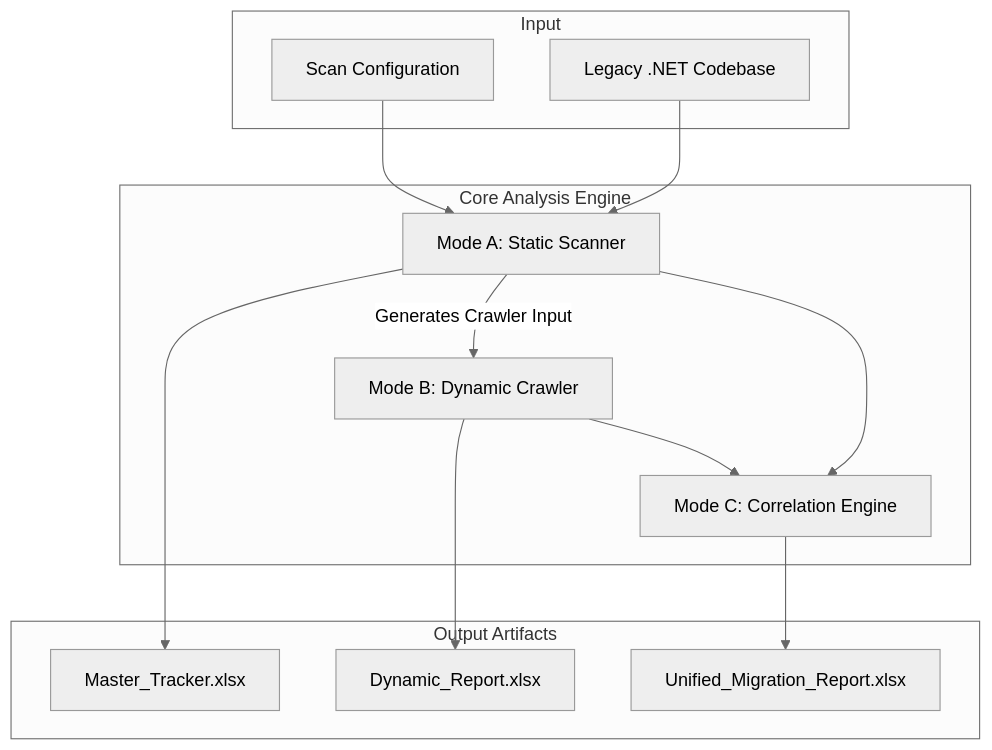
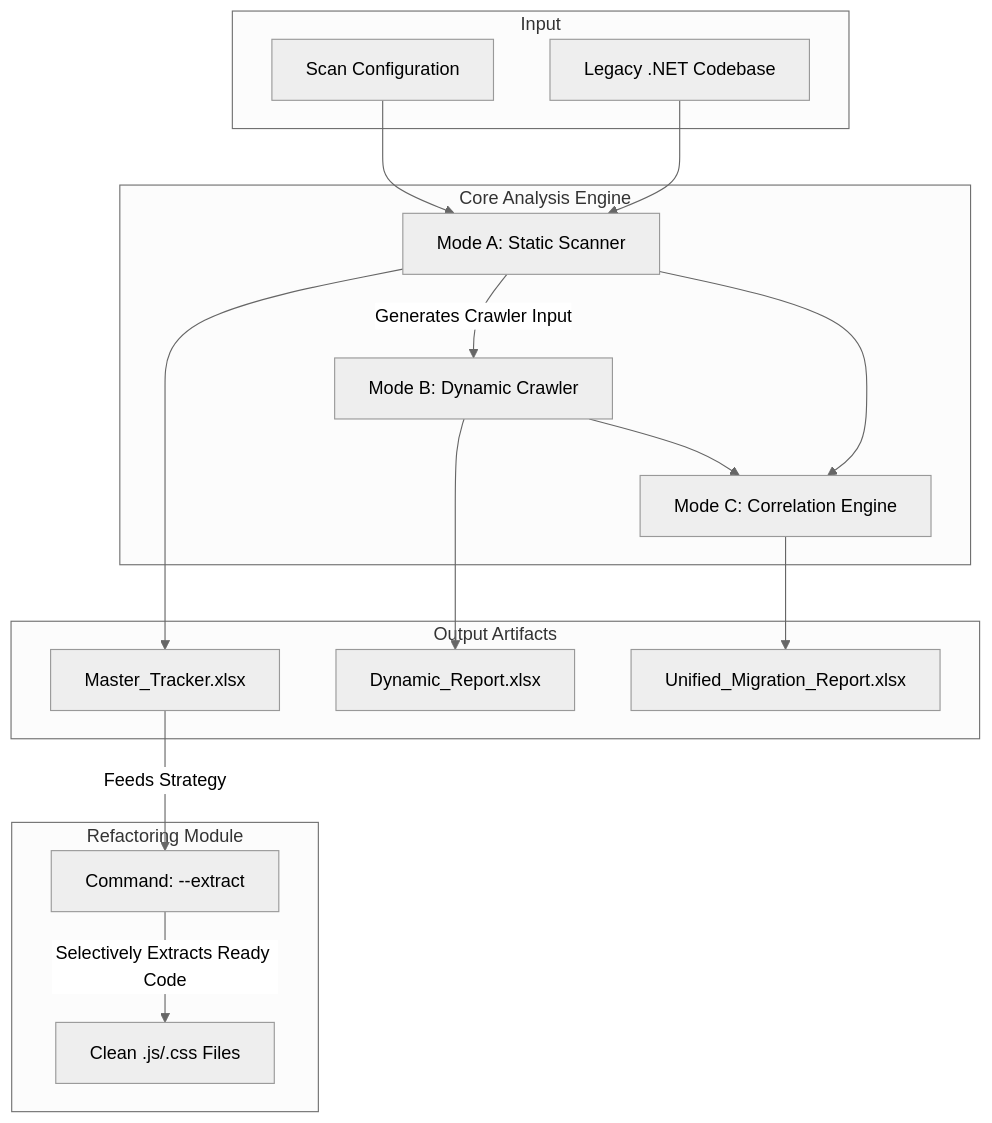
One commit to pred07/trash changed the first of 2 diagrams in Master Implementaion.md. Above: the diagram before and after it, drawn with Mermaid (neutral theme). The commit also changed other lines of this file, not shown here.

````diff
--- a/Master Implementaion.md
+++ b/Master Implementaion.md
@@ -10,31 +10,39 @@
 ```mermaid
 graph TD
     subgraph Input
         Legacy[Legacy .NET Codebase]
         Config[Scan Configuration]
     end
 
     subgraph "Core Analysis Engine"
         Static[Mode A: Static Scanner]
         Dynamic[Mode B: Dynamic Crawler]
         Combined[Mode C: Correlation Engine]
     end
 
     subgraph "Output Artifacts"
         Tracker[Master_Tracker.xlsx]
         DynReport[Dynamic_Report.xlsx]
         Unified[Unified_Migration_Report.xlsx]
     end
 
+    subgraph "Refactoring Module"
+        Extract[Command: --extract]
+        ExtractedFiles[Clean .js/.css Files]
+    end
+
     Legacy --> Static
     Config --> Static
     
     Static -->|Generates Crawler Input| Dynamic
     Static --> Tracker
     
     Dynamic --> DynReport
     
     Static --> Combined
     Dynamic --> Combined
     Combined --> Unified
+
+    Tracker -->|Feeds Strategy| Extract
+    Extract -->|Selectively Extracts Ready Code| ExtractedFiles
 ```
````
